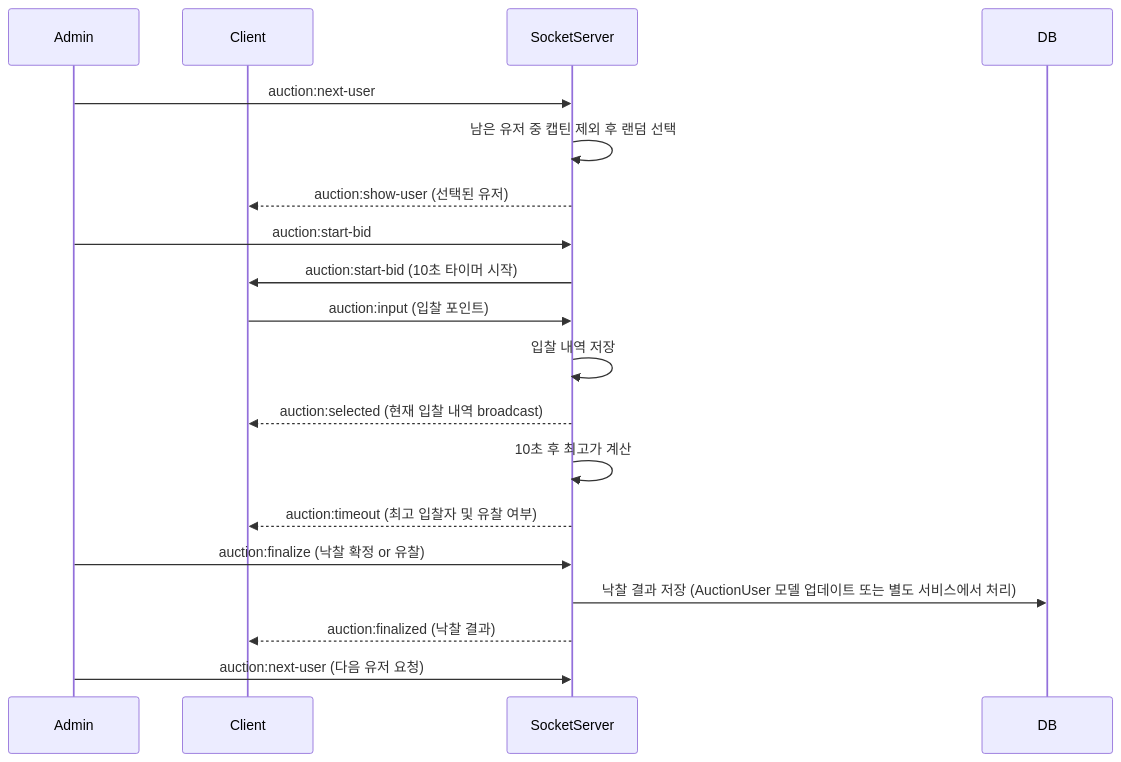
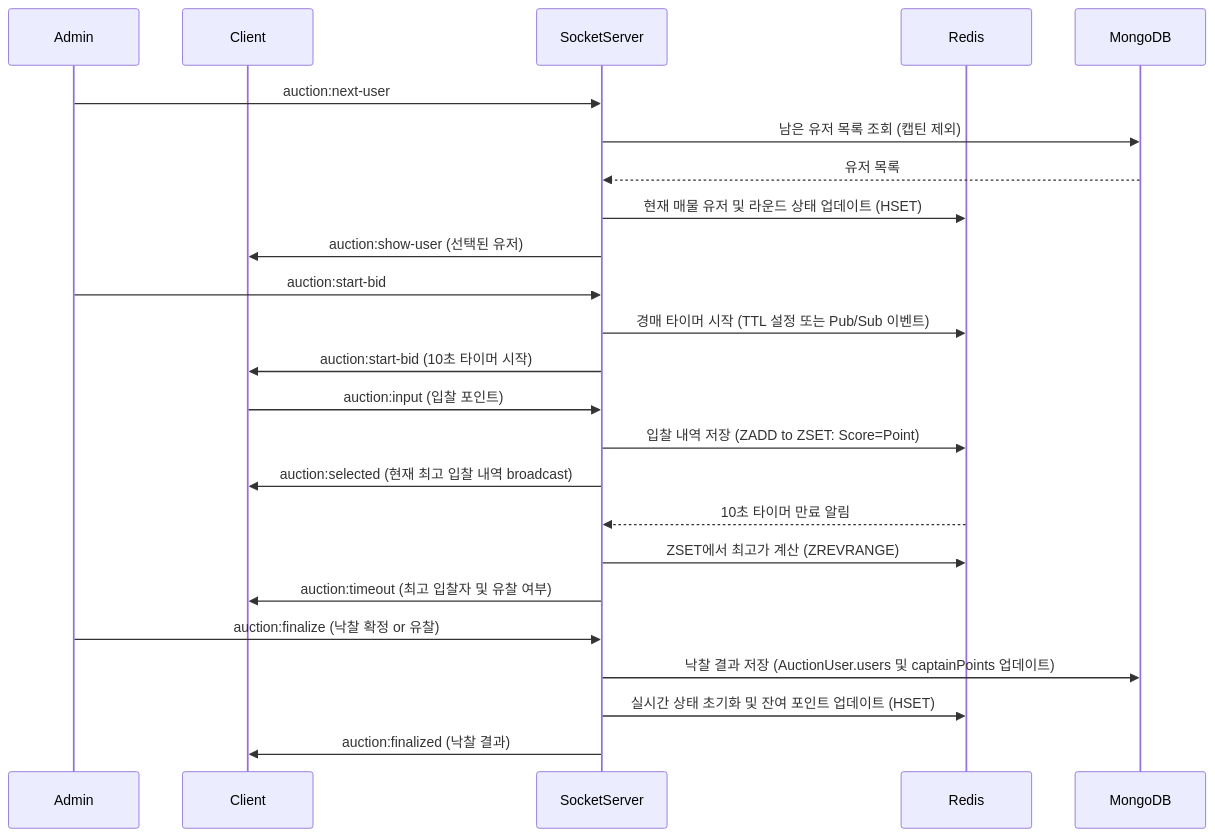
The diagram in docs/auction-flow.md (ppotatoG/game-gathering), drawn with Mermaid before and after one commit. The commit also changed 10 other files, not shown here.

````diff
--- a/docs/auction-flow.md
+++ b/docs/auction-flow.md
@@ -13,26 +13,36 @@
 ```mermaid
 sequenceDiagram
   participant Admin
   participant Client
   participant SocketServer
-  participant DB
+  participant Redis
+  participant MongoDB
 
+  %% 경매 유저 선택
   Admin->>SocketServer: auction:next-user
-  SocketServer->>SocketServer: 남은 유저 중 캡틴 제외 후 랜덤 선택
-  SocketServer-->>Client: auction:show-user (선택된 유저)
+  SocketServer->>MongoDB: 남은 유저 목록 조회 (캡틴 제외)
+  MongoDB-->>SocketServer: 유저 목록
+  SocketServer->>Redis: 현재 매물 유저 및 라운드 상태 업데이트 (HSET)
+  SocketServer->>Client: auction:show-user (선택된 유저)
 
+  %% 입찰 시작 및 타이머
   Admin->>SocketServer: auction:start-bid
+  SocketServer->>Redis: 경매 타이머 시작 (TTL 설정 또는 Pub/Sub 이벤트)
   SocketServer->>Client: auction:start-bid (10초 타이머 시작)
 
+  %% 입찰 처리
   Client->>SocketServer: auction:input (입찰 포인트)
-  SocketServer->>SocketServer: 입찰 내역 저장
-  SocketServer-->>Client: auction:selected (현재 입찰 내역 broadcast)
+  SocketServer->>Redis: 입찰 내역 저장 (ZADD to ZSET: Score=Point)
+  SocketServer->>Client: auction:selected (현재 최고 입찰 내역 broadcast)
 
-  SocketServer->>SocketServer: 10초 후 최고가 계산
-  SocketServer-->>Client: auction:timeout (최고 입찰자 및 유찰 여부)
+  %% 타이머 종료 및 결과 계산
+  Redis-->>SocketServer: 10초 타이머 만료 알림
+  SocketServer->>Redis: ZSET에서 최고가 계산 (ZREVRANGE)
+  SocketServer->>Client: auction:timeout (최고 입찰자 및 유찰 여부)
 
+  %% 낙찰 확정
   Admin->>SocketServer: auction:finalize (낙찰 확정 or 유찰)
-  SocketServer->>DB: 낙찰 결과 저장 (AuctionUser 모델 업데이트 또는 별도 서비스에서 처리)
-  SocketServer-->>Client: auction:finalized (낙찰 결과)
-  Admin->>SocketServer: auction:next-user (다음 유저 요청)
+  SocketServer->>MongoDB: 낙찰 결과 저장 (AuctionUser.users 및 captainPoints 업데이트)
+  SocketServer->>Redis: 실시간 상태 초기화 및 잔여 포인트 업데이트 (HSET)
+  SocketServer->>Client: auction:finalized (낙찰 결과)
 ```
````
